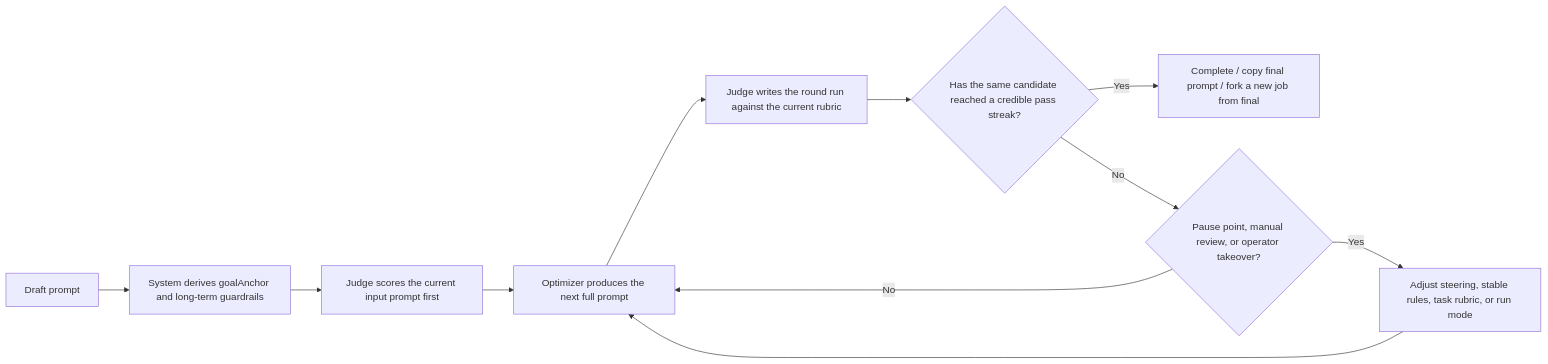
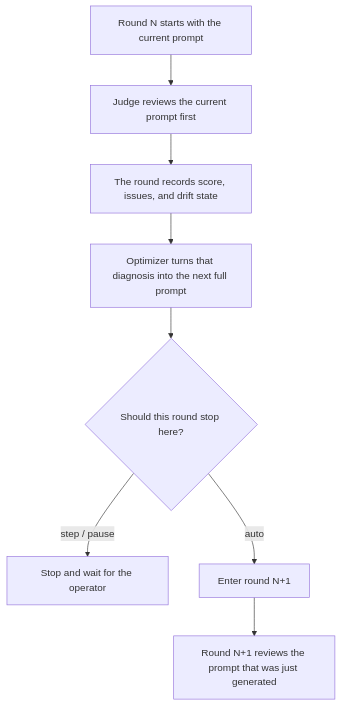
One commit to XBigRoad/prompt-optimizer-studio changed the second of 2 diagrams in README_EN.md. Above: the diagram before and after it, drawn with Mermaid. The commit also changed other lines of this file and 1 other file, not shown here.

````diff
--- a/README_EN.md
+++ b/README_EN.md
@@ -51,13 +64,10 @@
 ```mermaid
-flowchart LR
-    A[Draft prompt] --> B[System derives goalAnchor and long-term guardrails]
-    B --> C[Judge scores the current input prompt first]
-    C --> D[Optimizer produces the next full prompt]
-    D --> E[Judge writes the round run against the current rubric]
-    E --> F{Has the same candidate reached a credible pass streak?}
-    F -- Yes --> G[Complete / copy final prompt / fork a new job from final]
-    F -- No --> H{Pause point, manual review, or operator takeover?}
-    H -- No --> D
-    H -- Yes --> I[Adjust steering, stable rules, task rubric, or run mode]
-    I --> D
+flowchart TD
+    A["Round N starts with the current prompt"] --> B["Judge reviews the current prompt first"]
+    B --> C["The round records score, issues, and drift state"]
+    C --> D["Optimizer turns that diagnosis into the next full prompt"]
+    D --> E{"Should this round stop here?"}
+    E -- step / pause --> F["Stop and wait for the operator"]
+    E -- auto --> G["Enter round N+1"]
+    G --> H["Round N+1 reviews the prompt that was just generated"]
 ```
````
